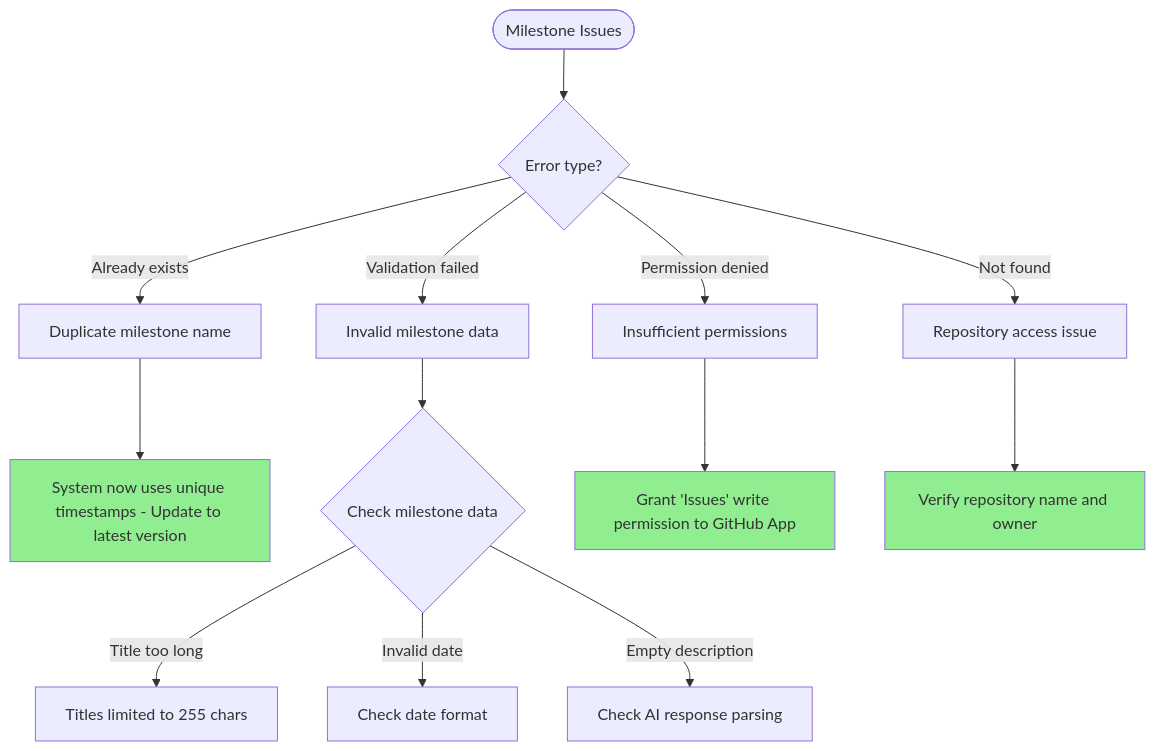
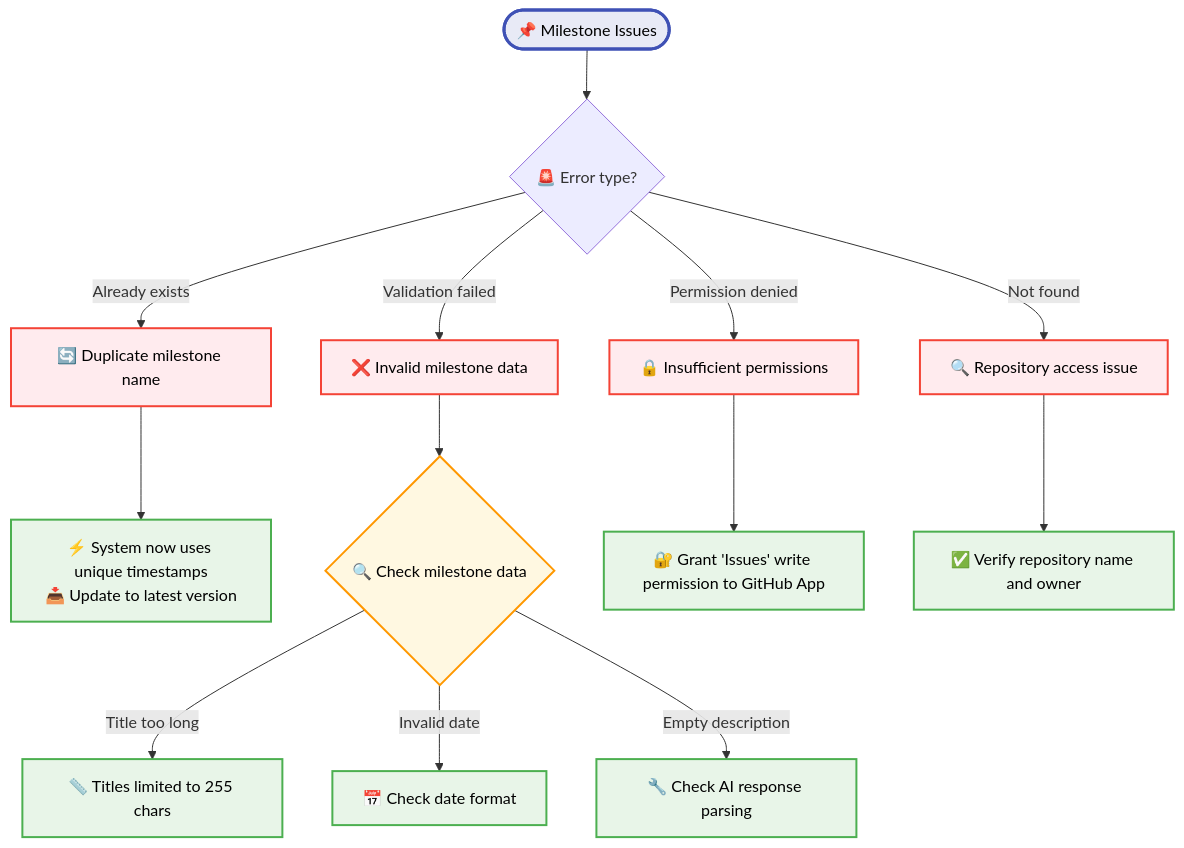
The fifth of 10 diagrams in AT_L_PLAN_TROUBLESHOOTING_FLOWCHART.md (larp0/uwularpy), drawn with Mermaid before and after one commit. The commit also changed other lines of this file and 1 other file, not shown here.

Commit message:
Improve mermaid diagrams with enhanced styling, icons, and visual hierarchy

````diff
--- a/AT_L_PLAN_TROUBLESHOOTING_FLOWCHART.md
+++ b/AT_L_PLAN_TROUBLESHOOTING_FLOWCHART.md
@@ -116,22 +169,30 @@
 ```mermaid
 flowchart TD
-    MilestoneFlow([Milestone Issues]) --> M1{Error type?}
+    MilestoneFlow([📌 Milestone Issues]) --> M1{🚨 Error type?}
     
-    M1 -->|Already exists| M2[Duplicate milestone name]
-    M1 -->|Validation failed| M3[Invalid milestone data]
-    M1 -->|Permission denied| M4[Insufficient permissions]
-    M1 -->|Not found| M5[Repository access issue]
+    M1 -->|Already exists| M2[🔄 Duplicate milestone name]
+    M1 -->|Validation failed| M3[❌ Invalid milestone data]
+    M1 -->|Permission denied| M4[🔒 Insufficient permissions]
+    M1 -->|Not found| M5[🔍 Repository access issue]
     
-    M2 --> M2Fix[System now uses unique timestamps - Update to latest version]
-    M3 --> M3Check{Check milestone data}
-    M4 --> M4Fix[Grant 'Issues' write permission to GitHub App]
-    M5 --> M5Fix[Verify repository name and owner]
+    M2 --> M2Fix[⚡ System now uses unique timestamps<br/>📥 Update to latest version]
+    M3 --> M3Check{🔍 Check milestone data}
+    M4 --> M4Fix[🔐 Grant 'Issues' write permission to GitHub App]
+    M5 --> M5Fix[✅ Verify repository name and owner]
     
-    M3Check -->|Title too long| M3Fix1[Titles limited to 255 chars]
-    M3Check -->|Invalid date| M3Fix2[Check date format]
-    M3Check -->|Empty description| M3Fix3[Check AI response parsing]
+    M3Check -->|Title too long| M3Fix1[📏 Titles limited to 255 chars]
+    M3Check -->|Invalid date| M3Fix2[📅 Check date format]
+    M3Check -->|Empty description| M3Fix3[🔧 Check AI response parsing]
     
-    style M2Fix fill:#90EE90
-    style M4Fix fill:#90EE90
-    style M5Fix fill:#90EE90
+    %% Enhanced color scheme for better categorization
+    classDef startNode fill:#e8eaf6,stroke:#3f51b5,stroke-width:3px,color:#000
+    classDef errorNode fill:#ffebee,stroke:#f44336,stroke-width:2px,color:#000
+    classDef fixNode fill:#e8f5e8,stroke:#4caf50,stroke-width:2px,color:#000
+    classDef checkNode fill:#fff8e1,stroke:#ff9800,stroke-width:2px,color:#000
+    classDef configNode fill:#e1f5fe,stroke:#03a9f4,stroke-width:2px,color:#000
+    
+    class MilestoneFlow startNode
+    class M2,M3,M4,M5 errorNode
+    class M2Fix,M4Fix,M5Fix,M3Fix1,M3Fix2,M3Fix3 fixNode
+    class M3Check checkNode
 ```
````
